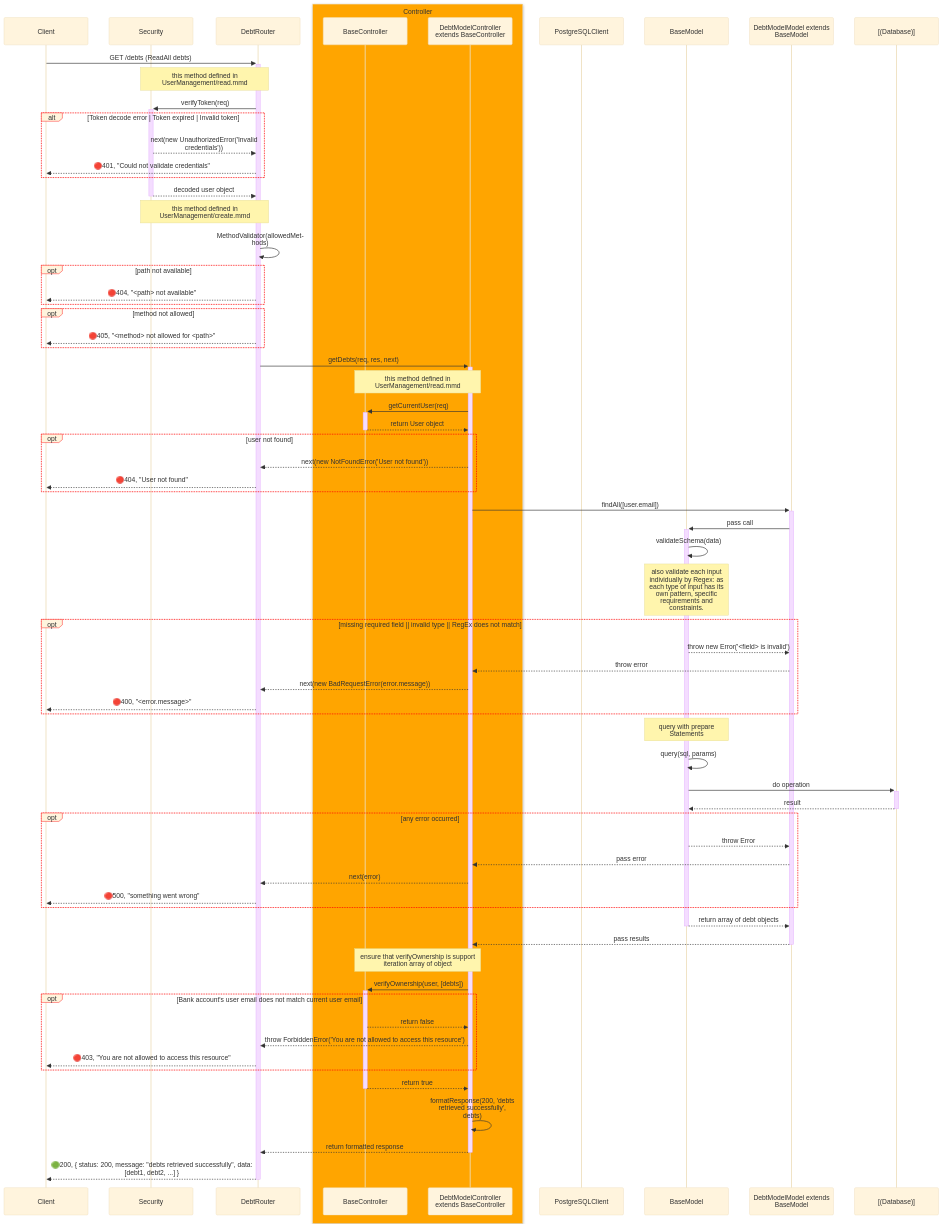
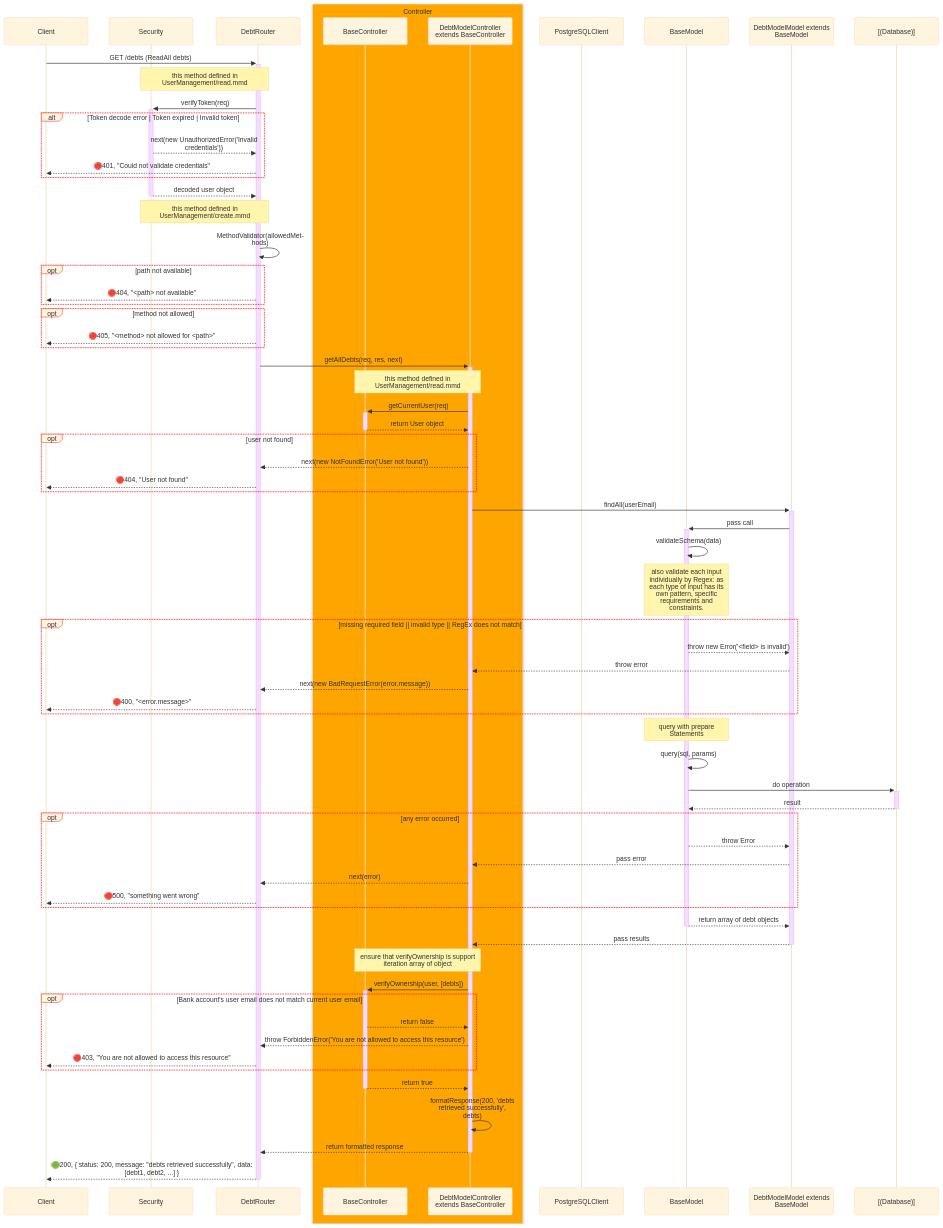
Before and after one commit to SawatKia/WealthTracking: the diagram in design/newClassesDesign/DebtManagement/ReadAll.mmd, drawn with Mermaid. The commit also changed 14 other files, not shown here.

Commit message:
add class diagram

```diff
--- a/design/newClassesDesign/DebtManagement/ReadAll.mmd
+++ b/design/newClassesDesign/DebtManagement/ReadAll.mmd
@@ -1,89 +1,89 @@
 %%{
     init: {
         "theme":"base",
         "themeVariables": {
             'labelBoxBorderColor': '#ff0000'
         },
         "sequence": { 
             "wrap": true, 
             "width": 200 
         } 
     }
 }%%
 sequenceDiagram
     participant Client
     participant Sec as Security
     participant Router as DebtRouter
     box orange Controller
         participant BaseCont as BaseController
         participant Cont as DebtModelController extends BaseController
     end
     participant PGClient as PostgreSQLClient
     participant BaseModel as BaseModel 
     participant Model as DebtModelModel extends BaseModel
     participant DB as [(Database)]
 
     Client->>+Router: GET /debts (ReadAll debts)
     Note over Sec, Router: this method defined in UserManagement/read.mmd
     Router->>+Sec: verifyToken(req)
     alt Token decode error | Token expired | Invalid token
         Sec-->>Router: next(new UnauthorizedError('Invalid credentials'))
         Router-->>Client: 🔴401, "Could not validate credentials"
     end
     Sec-->>-Router: decoded user object 
 
     Note over Sec, Router: this method defined in UserManagement/create.mmd
     Router->>Router: MethodValidator(allowedMethods)
     opt path not available
         Router-->>Client: 🔴404, "<path> not available"
     end
     opt method not allowed
         Router-->>Client: 🔴405, "<method> not allowed for <path>"
     end
 
-    Router->>+Cont: getDebts(req, res, next)
+    Router->>+Cont: getAllDebts(req, res, next)
     Note over Cont, BaseCont: this method defined in UserManagement/read.mmd
     Cont->>+BaseCont: getCurrentUser(req)
     BaseCont-->>-Cont: return User object
     opt user not found
         Cont-->>Router: next(new NotFoundError('User not found'))
         Router-->>Client: 🔴404, "User not found"
     end
 
-    Cont->>+Model: findAll([user.email])
+    Cont->>+Model: findAll(userEmail)
     Model->>+BaseModel: pass call
 
     BaseModel->>BaseModel: validateSchema(data) 
     Note over BaseModel: also validate each input individually by Regex: as each type of input has its own pattern, specific requirements and constraints.
     opt missing required field || invalid type || RegEx does not match
         BaseModel-->>Model: throw new Error('<field> is invalid')
         Model-->>Cont: throw error
         Cont-->>Router: next(new BadRequestError(error.message))
         Router-->>Client: 🔴400, "<error.message>"
     end
 
     Note over BaseModel: query with prepare Statements
     BaseModel->>BaseModel: query(sql, params)
     BaseModel->>+DB: do operation
     DB-->>-BaseModel: result
     opt any error occurred
         BaseModel-->>Model: throw Error
         Model-->>Cont: pass error
         Cont-->>Router: next(error)
         Router-->>Client: 🔴500, "something went wrong"
     end
     BaseModel-->>-Model: return array of debt objects
     Model-->>-Cont: pass results
 
     Note over Cont, BaseCont: ensure that verifyOwnership is support iteration array of object
     Cont->>+BaseCont: verifyOwnership(user, [debts])
     opt Bank account's user email does not match current user email
         BaseCont-->>Cont: return false
         Cont-->>Router: throw ForbiddenError('You are not allowed to access this resource')
         Router-->>Client: 🔴403, "You are not allowed to access this resource"
     end
     BaseCont-->>-Cont: return true
 
     Cont->>Cont: formatResponse(200, 'debts retrieved successfully', debts)
     Cont-->>-Router: return formatted response
     Router-->>-Client: 🟢200, { status: 200, message: "debts retrieved successfully", data: [debt1, debt2, ...] }
```
